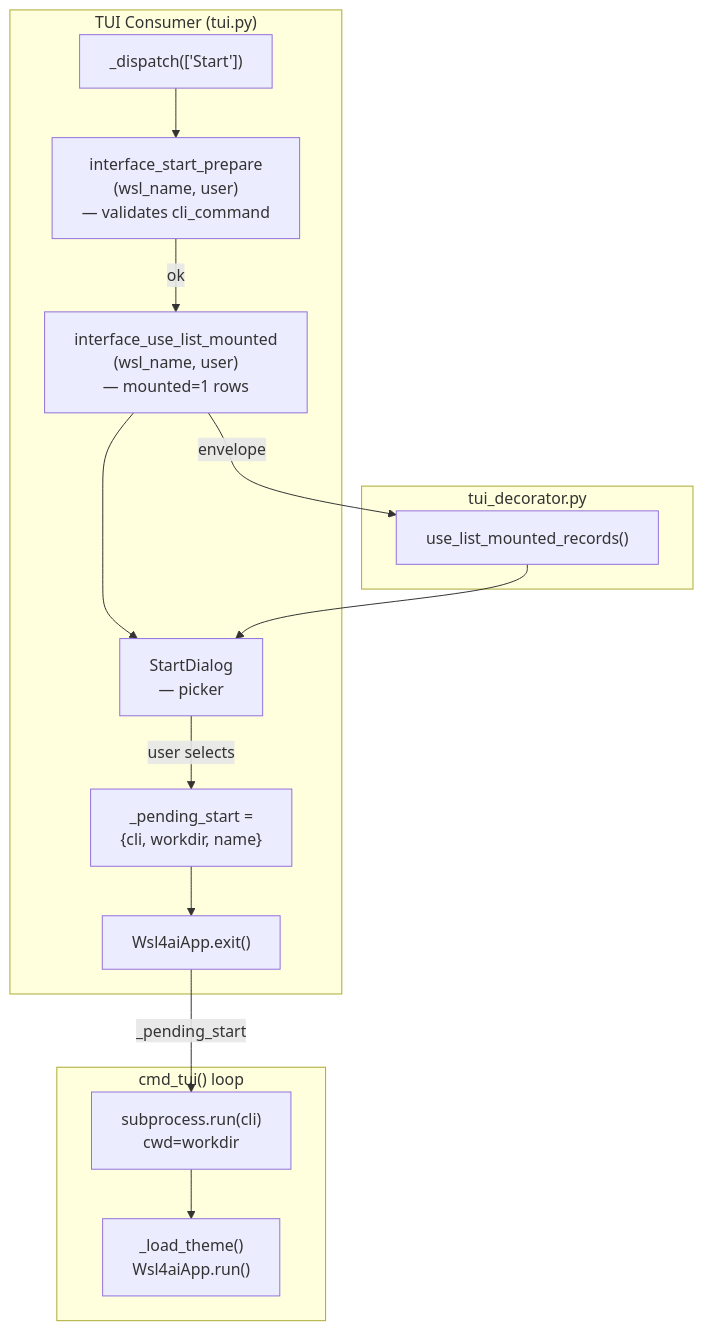
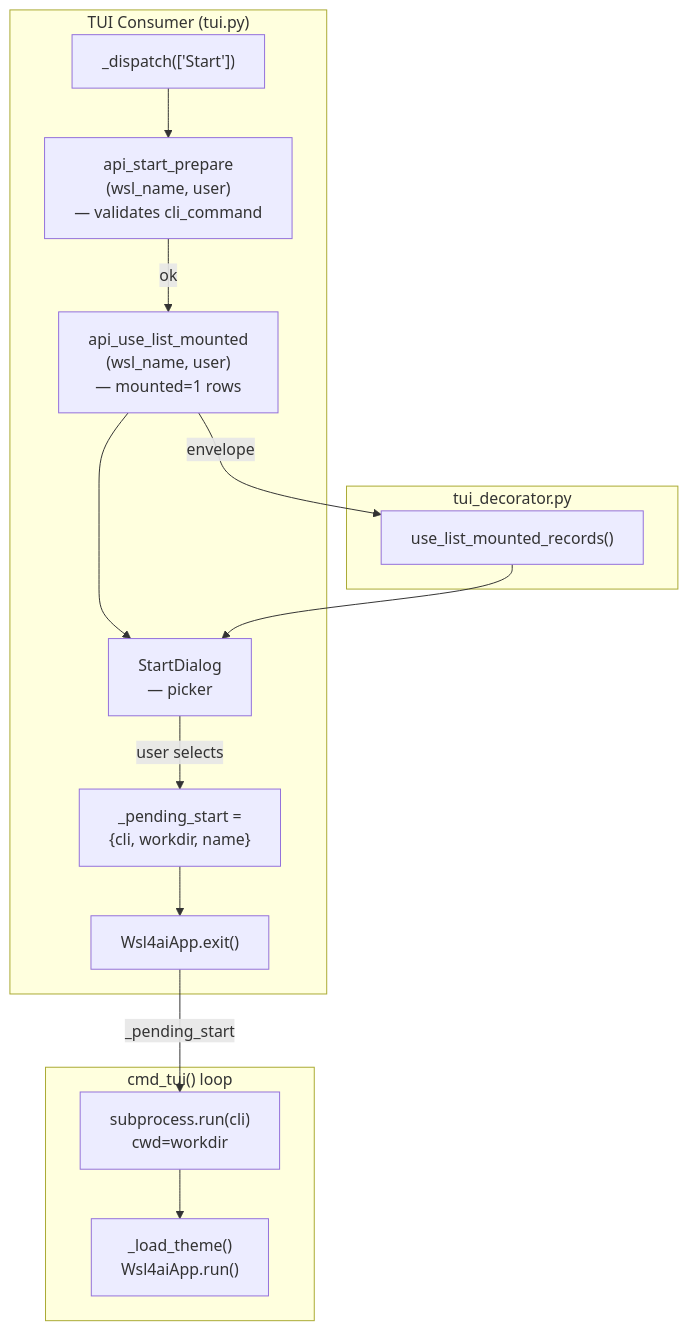
One commit to rmompo/wsl4ai changed the second of 2 diagrams in specs/tool/specs-start.md. Above: the diagram before and after it, drawn with Mermaid. The commit also changed other lines of this file and 20 other files, not shown here.

First line of the commit message:
v1.6.3: rename interface.py → api.py, interface_* → api_*

````diff
--- a/specs/tool/specs-start.md
+++ b/specs/tool/specs-start.md
@@ -84,28 +84,28 @@
 ```mermaid
 flowchart TD
     subgraph TUI_Consumer["TUI Consumer (tui.py)"]
         dispatch["_dispatch(['Start'])"]
-        prep["interface_start_prepare\n(wsl_name, user)\n— validates cli_command"]
-        mnt["interface_use_list_mounted\n(wsl_name, user)\n— mounted=1 rows"]
+        prep["api_start_prepare\n(wsl_name, user)\n— validates cli_command"]
+        mnt["api_use_list_mounted\n(wsl_name, user)\n— mounted=1 rows"]
         diag["StartDialog\n— picker"]
         pending["_pending_start =\n{cli, workdir, name}"]
         exit_app["Wsl4aiApp.exit()"]
 
         dispatch --> prep
         prep -->|"ok"| mnt
         mnt --> diag
         diag -->|"user selects"| pending
         pending --> exit_app
     end
     subgraph TUI_Dec["tui_decorator.py"]
         rec["use_list_mounted_records()"]
     end
     subgraph cmd_tui["cmd_tui() loop"]
         run["subprocess.run(cli)\ncwd=workdir"]
         relaunch["_load_theme()\nWsl4aiApp.run()"]
         run --> relaunch
     end
 
     mnt -->|"envelope"| rec --> diag
     exit_app -->|"_pending_start"| run
 ```
````
